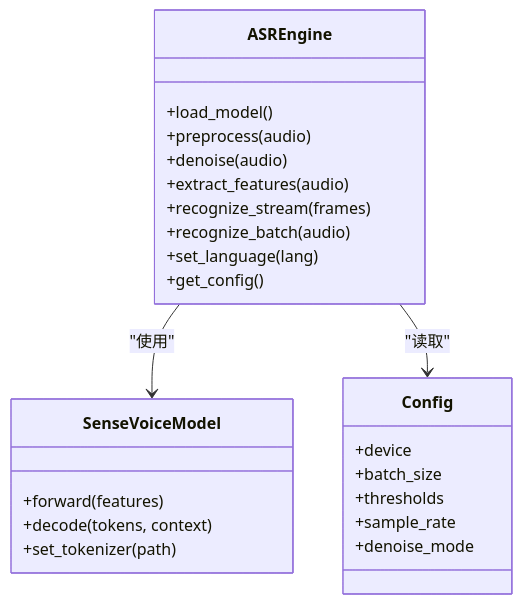
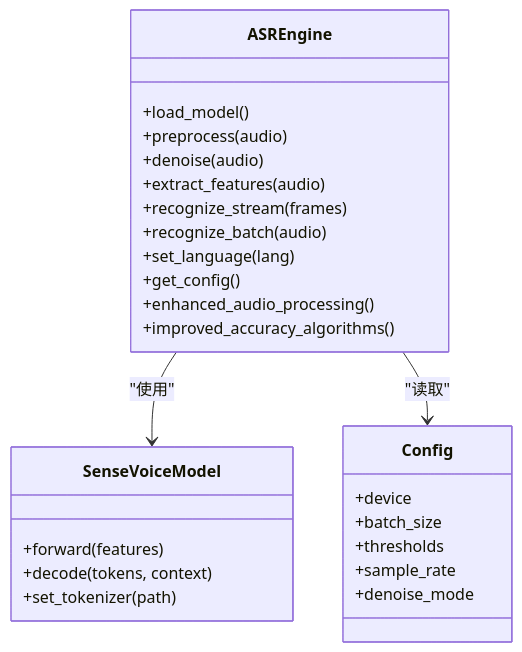
Before and after one commit to zmdhdu/NexusCockpit: the third of 8 diagrams in .qoder/repowiki/zh/content/项目概述/核心特性/语音交互系统/ASR语音识别引擎.md, drawn with Mermaid. The commit also changed other lines of this file and 43 other files, not shown here.

````diff
--- a/.qoder/repowiki/zh/content/项目概述/核心特性/语音交互系统/ASR语音识别引擎.md
+++ b/.qoder/repowiki/zh/content/项目概述/核心特性/语音交互系统/ASR语音识别引擎.md
@@ -155,27 +171,29 @@
 ```mermaid
 classDiagram
 class ASREngine {
 +load_model()
 +preprocess(audio)
 +denoise(audio)
 +extract_features(audio)
 +recognize_stream(frames)
 +recognize_batch(audio)
 +set_language(lang)
 +get_config()
++enhanced_audio_processing()
++improved_accuracy_algorithms()
 }
 class SenseVoiceModel {
 +forward(features)
 +decode(tokens, context)
 +set_tokenizer(path)
 }
 class Config {
 +device
 +batch_size
 +thresholds
 +sample_rate
 +denoise_mode
 }
 ASREngine --> SenseVoiceModel : "使用"
 ASREngine --> Config : "读取"
 ```
````
